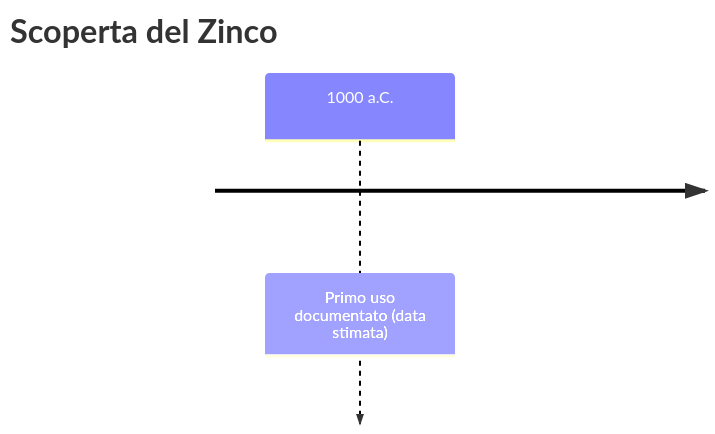
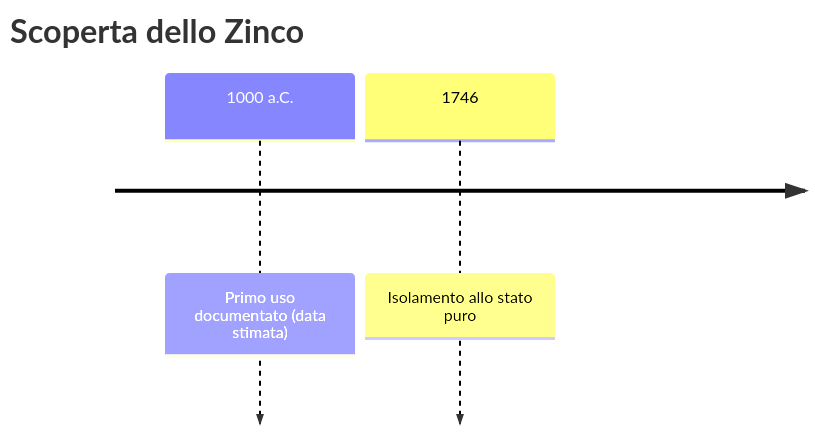
One commit to gianlucaciarcelluti/elements-caos changed the first of 3 diagrams in vault/Elementi/Zinco.md. Above: the diagram before and after it, drawn with Mermaid. The commit also changed other lines of this file and 11 other files, not shown here.

````diff
--- a/vault/Elementi/Zinco.md
+++ b/vault/Elementi/Zinco.md
@@ -28,5 +28,6 @@
 ```mermaid
 timeline
-    title Scoperta del Zinco
+    title Scoperta dello Zinco
     1000 a.C. : Primo uso documentato (data stimata)
+    1746 : Isolamento allo stato puro
 ```
````
